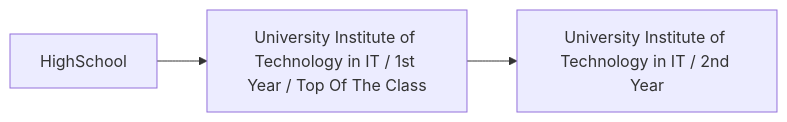
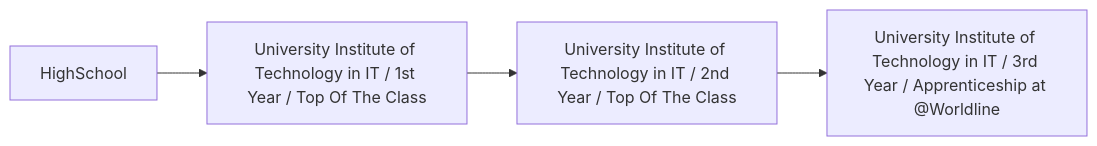
One commit to ThibaultLombart/ThibaultLombart changed the diagram in README.md. Above: the diagram before and after it, drawn with Mermaid.

````diff
--- a/README.md
+++ b/README.md
@@ -28,5 +28,6 @@
 ```mermaid
   flowchart LR;
       id1[HighSchool]-->id2[University Institute of Technology in IT / 1st Year / Top Of The Class];
-      id2-->id3[University Institute of Technology in IT / 2nd Year];
+      id2-->id3[University Institute of Technology in IT / 2nd Year / Top Of The Class];
+      id3-->id4[University Institute of Technology in IT / 3rd Year / Apprenticeship at @Worldline ];
 ```
````
